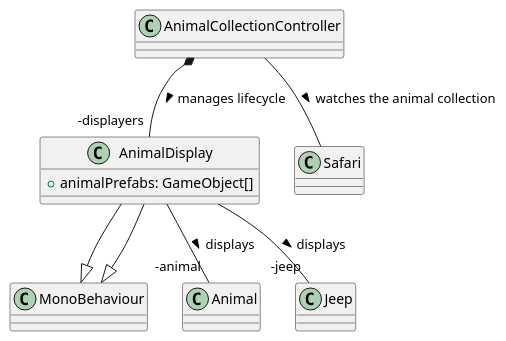
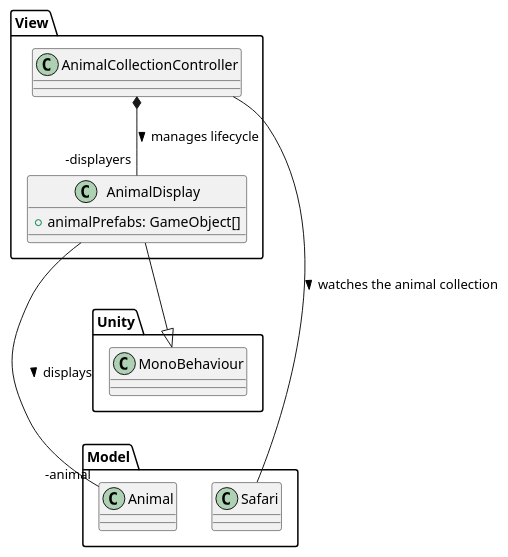
One commit to Peter-Balint/SafariGame changed the diagram in view/animals.plantuml. Above: the diagram before and after it, drawn with PlantUML. The commit also changed 9 other files, not shown here.

Commit message:
added namespaces to smaller diagrams for connections

```diff
--- a/view/animals.plantuml
+++ b/view/animals.plantuml
@@ -1,19 +1,23 @@
 @startuml
+namespace View{
 class AnimalDisplay{
     +animalPrefabs: GameObject[]
 }
 
-AnimalDisplay --|> MonoBehaviour
-AnimalDisplay -- "-animal" Animal: displays >
+
 
 class AnimalCollectionController{
 
 }
+}
 
-MonoBehaviour <|-- AnimalDisplay
-AnimalDisplay -- "-jeep" Jeep: displays >
+class Model.Safari{}
+Class Model.Animal{}
+Class Unity.MonoBehaviour{}
+AnimalDisplay --|> MonoBehaviour
+AnimalDisplay --- "-animal" Animal: displays >
 
 AnimalCollectionController *-- "-displayers" AnimalDisplay: manages lifecycle >
 
 AnimalCollectionController -- Safari: watches the animal collection > 
 @enduml
```
